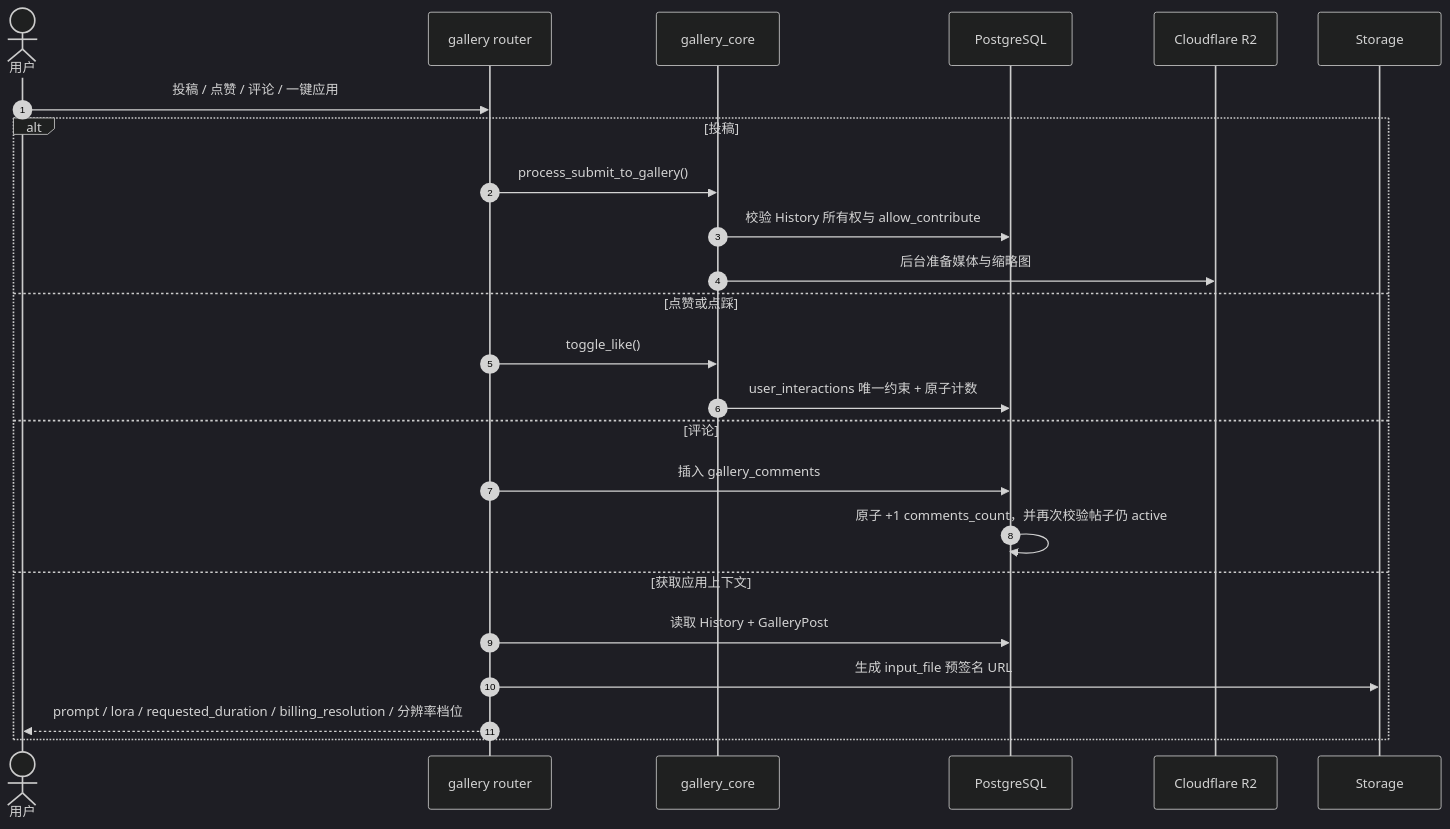
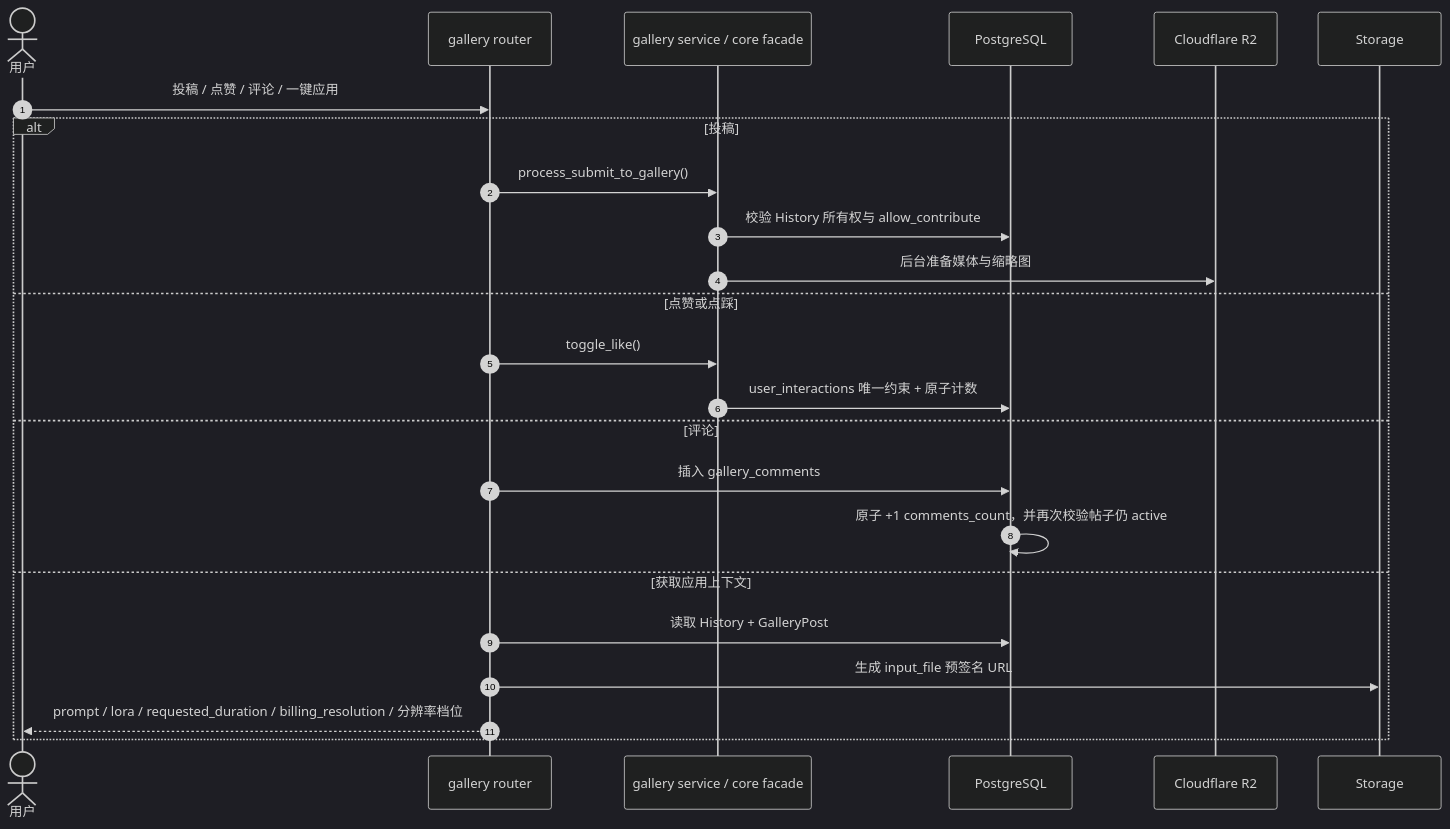
The diagram in docs/子模块_社区与存储_gallery_storage.md (giraffu/All_bot), drawn with Mermaid (dark theme) before and after one commit. The commit also changed other lines of this file and 71 other files, not shown here.

````diff
--- a/docs/子模块_社区与存储_gallery_storage.md
+++ b/docs/子模块_社区与存储_gallery_storage.md
@@ -27,27 +27,27 @@
 ```mermaid
 sequenceDiagram
     autonumber
     actor U as 用户
     participant API as gallery router
-    participant Core as gallery_core
+    participant Core as gallery service / core facade
     participant PG as PostgreSQL
     participant R2 as Cloudflare R2
     participant S as Storage
 
     U->>API: 投稿 / 点赞 / 评论 / 一键应用
     alt 投稿
         API->>Core: process_submit_to_gallery()
         Core->>PG: 校验 History 所有权与 allow_contribute
         Core->>R2: 后台准备媒体与缩略图
     else 点赞或点踩
         API->>Core: toggle_like()
         Core->>PG: user_interactions 唯一约束 + 原子计数
     else 评论
         API->>PG: 插入 gallery_comments
         PG->>PG: 原子 +1 comments_count，并再次校验帖子仍 active
     else 获取应用上下文
         API->>PG: 读取 History + GalleryPost
         API->>S: 生成 input_file 预签名 URL
         API-->>U: prompt / lora / requested_duration / billing_resolution / 分辨率档位
     end
 ```
````
